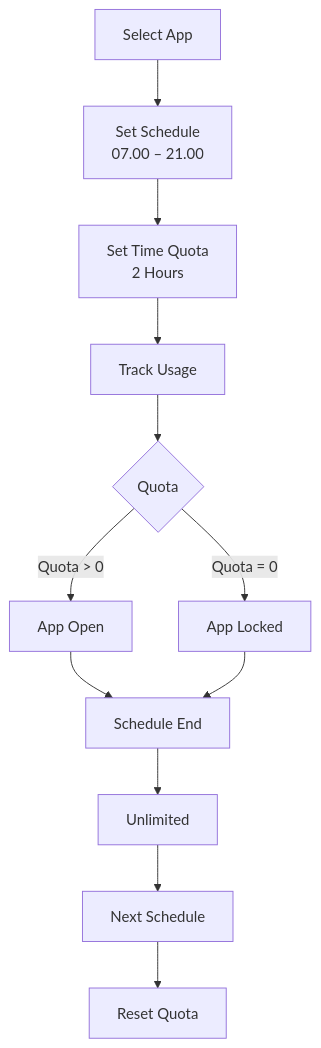
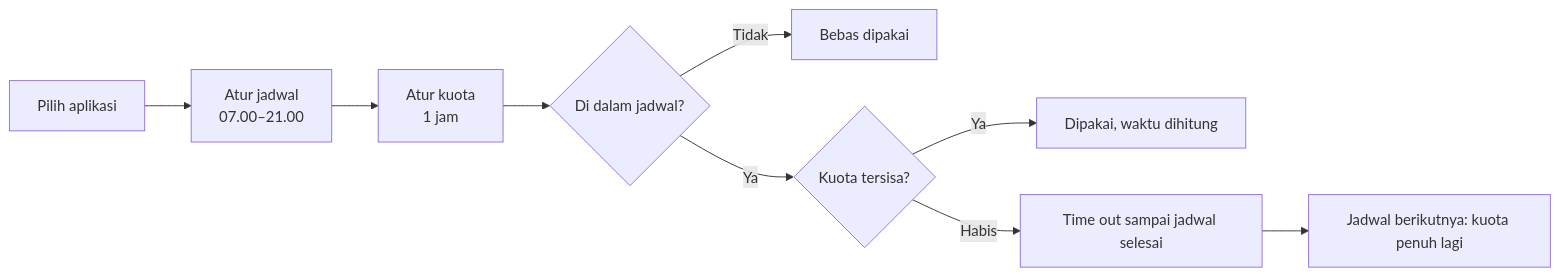
The diagram in README.md (LollYeahhh/NOTO-MOBILE-APP), drawn with Mermaid before and after one commit. The commit also changed other lines of this file and 5 other files, not shown here.

````diff
--- a/README.md
+++ b/README.md
@@ -140,15 +60,11 @@
 ```mermaid
-flowchart TD
-    A[Select App] --> B["Set Schedule<br>07.00 – 21.00"]
-    B --> C["Set Time Quota<br>2 Hours"]
-    C --> D[Track Usage]
-    D --> E{Quota}
-    E -->|"Quota > 0"| F[App Open]
-    E -->|"Quota = 0"| G[App Locked]
-    F --> H[Schedule End]
-    G --> H
-    H --> I[Unlimited]
-    I --> J[Next Schedule]
-    J --> K[Reset Quota]
-
+flowchart LR
+    A[Pilih aplikasi] --> B[Atur jadwal<br>07.00–21.00]
+    B --> C[Atur kuota<br>1 jam]
+    C --> D{Di dalam jadwal?}
+    D -->|Tidak| E[Bebas dipakai]
+    D -->|Ya| F{Kuota tersisa?}
+    F -->|Ya| G[Dipakai, waktu dihitung]
+    F -->|Habis| H[Time out sampai jadwal selesai]
+    H --> I[Jadwal berikutnya: kuota penuh lagi]
 ```
````
